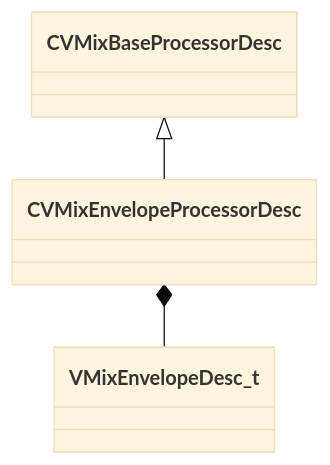
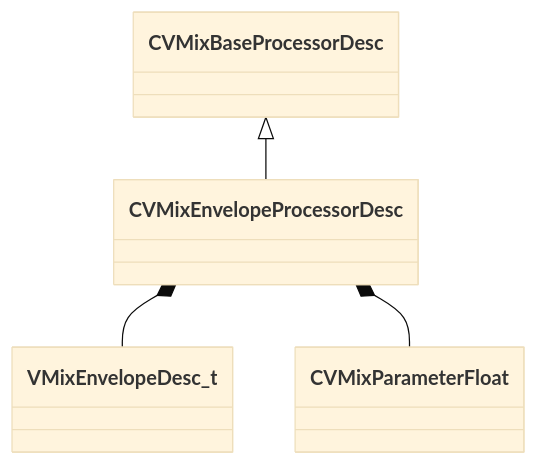
One commit to CS2OpenDev/CS2OpenDev-Docs changed the diagram in docs/generated/schemas/soundsystem_lowlevel/CVMixEnvelopeProcessorDesc.md. Above: the diagram before and after it, drawn with Mermaid (base theme). The commit also changed other lines of this file and 4654 other files, not shown here.

Commit message:
docs: regenerate for SchemaTracker build 25947352 [skip ci]

````diff
--- a/docs/generated/schemas/soundsystem_lowlevel/CVMixEnvelopeProcessorDesc.md
+++ b/docs/generated/schemas/soundsystem_lowlevel/CVMixEnvelopeProcessorDesc.md
@@ -19,5 +19,6 @@
 ```mermaid
 classDiagram
     CVMixBaseProcessorDesc <|-- CVMixEnvelopeProcessorDesc
     CVMixEnvelopeProcessorDesc *-- VMixEnvelopeDesc_t
+    CVMixEnvelopeProcessorDesc *-- CVMixParameterFloat
 ```
````
